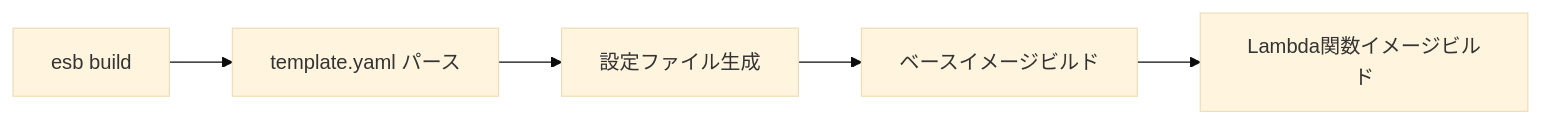
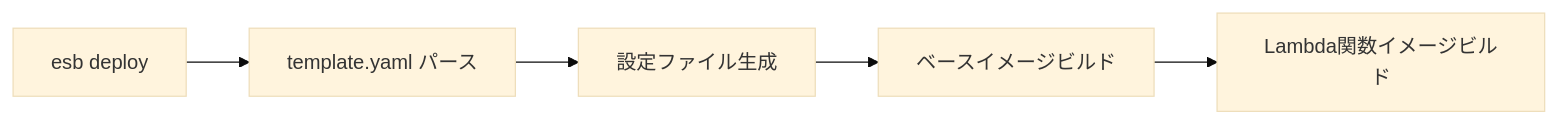
Before and after one commit to poruru-code/esb: the second of 3 diagrams in docs/container-management.md, drawn with Mermaid (base theme). The commit also changed other lines of this file and 101 other files, not shown here.

````diff
--- a/docs/container-management.md
+++ b/docs/container-management.md
@@ -37,7 +37,7 @@
 ```mermaid
 flowchart LR
-    A[esb build] --> B[template.yaml パース]
+    A[esb deploy] --> B[template.yaml パース]
     B --> C[設定ファイル生成]
     C --> D[ベースイメージビルド]
     D --> E[Lambda関数イメージビルド]
 ```
````
